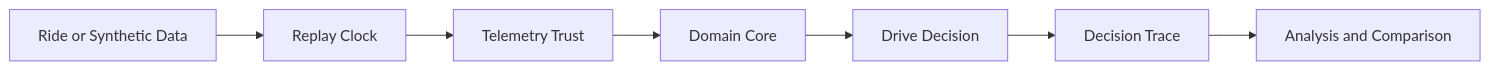
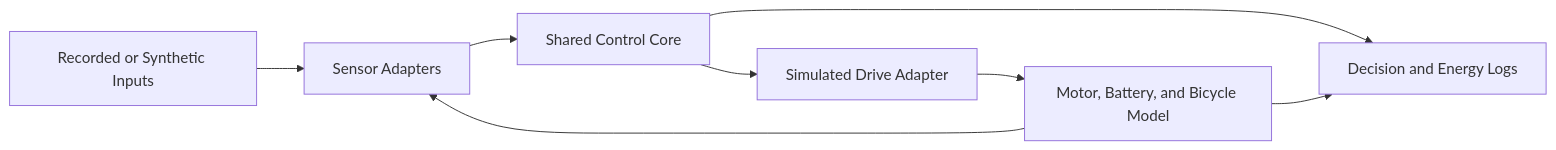
One commit to tspreck/ferrous-drive changed the second of 2 diagrams in docs/architecture.md. Above: the diagram before and after it, drawn with Mermaid. The commit also changed other lines of this file and 2 other files, not shown here.

````diff
--- a/docs/architecture.md
+++ b/docs/architecture.md
@@ -971,17 +551,17 @@
 ```mermaid
 flowchart LR
-    Input[Ride or Synthetic Data]
-    Replay[Replay Clock]
-    Trust[Telemetry Trust]
-    Core[Domain Core]
-    Decision[Drive Decision]
-    Trace[Decision Trace]
-    Analysis[Analysis and Comparison]
+    Recorded[Recorded or Synthetic Inputs]
+    Sensors[Sensor Adapters]
+    Core[Shared Control Core]
+    Driver[Simulated Drive Adapter]
+    Plant[Motor, Battery, and Bicycle Model]
+    Logs[Decision and Energy Logs]
 
-    Input --> Replay
-    Replay --> Trust
-    Trust --> Core
-    Core --> Decision
-    Decision --> Trace
-    Trace --> Analysis
+    Recorded --> Sensors
+    Sensors --> Core
+    Core --> Driver
+    Driver --> Plant
+    Plant --> Sensors
+    Core --> Logs
+    Plant --> Logs
 ```
````
